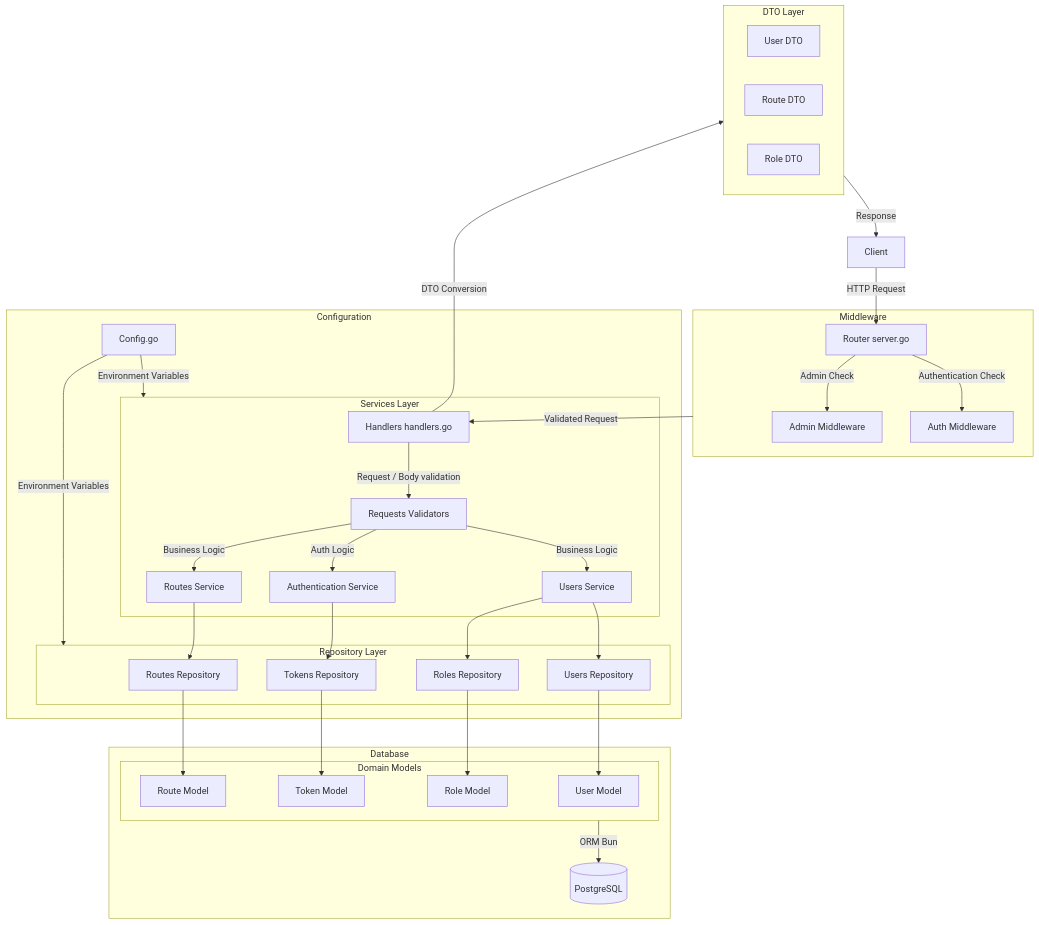
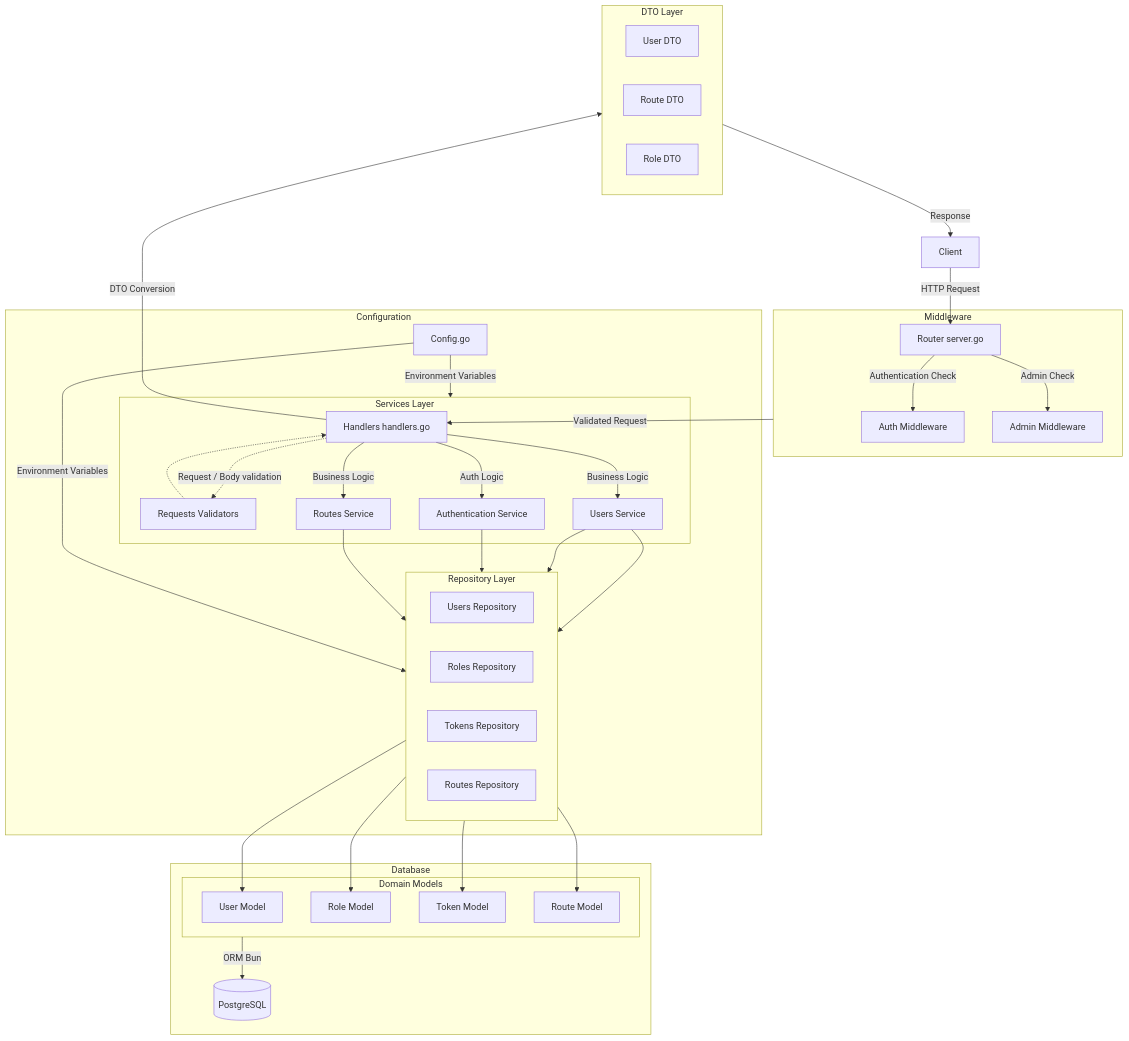
One commit to 4PROJ-Le-projet-d-une-vie/supmap-users changed the diagram in README.md. Above: the diagram before and after it, drawn with Mermaid.

Commit message:
fix, docs/ Mermaid schema

````diff
--- a/README.md
+++ b/README.md
@@ -22,51 +22,52 @@
 ```mermaid
 graph TD
     Client[Client] -->|HTTP Request| Router[Router server.go]
     
     subgraph Middleware
         Router -->|Authentication Check| AuthMiddleware[Auth Middleware]
         Router -->|Admin Check| AdminMiddleware[Admin Middleware]
     end
     
     Middleware -->|Validated Request| Handlers[Handlers handlers.go]
     
     Handlers -->|DTO Conversion| DTOs[DTOs]
     DTOs -->|Response| Client
     
     subgraph Services["Services Layer"]
-        Handlers -->|Request / Body validation| Validators[Requests Validators]
-        Validators -->|Business Logic| UserService[Users Service]
-        Validators -->|Auth Logic| AuthService[Authentication Service]
-        Validators -->|Business Logic| RouteService[Routes Service]
-        
+        Handlers -.->|Request / Body validation| Validators[Requests Validators]
+        Validators -.-> Handlers
+        Handlers -->|Business Logic| UserService[Users Service]
+        Handlers -->|Auth Logic| AuthService[Authentication Service]
+        Handlers -->|Business Logic| RouteService[Routes Service]
     end
     
     subgraph Repositories["Repository Layer"]
+        direction LR
+        UserService --> UsersRepo[Users Repository]
+        UserService --> RolesRepo[Roles Repository]
         AuthService --> TokensRepo[Tokens Repository]
         RouteService --> RoutesRepo[Routes Repository]
-        UserService --> UsersRepo[Users Repository]
-        UserService --> RolesRepo[Roles Repository]
     end
     
     subgraph Models["Domain Models"]
         UsersRepo --> UserModel[User Model]
+        RolesRepo --> RoleModel[Role Model]
         TokensRepo --> TokenModel[Token Model]
         RoutesRepo --> RouteModel[Route Model]
-        RolesRepo --> RoleModel[Role Model]
     end
     
     subgraph Database
         Models -->|ORM Bun| DB[(PostgreSQL)]
     end
     
     subgraph Configuration
         Config[Config.go] -->|Environment Variables| Services
         Config -->|Environment Variables| Repositories
     end
     
     subgraph DTOs["DTO Layer"]
         UserDTO[User DTO]
         RouteDTO[Route DTO]
         RoleDTO[Role DTO]
     end
 ```
````
